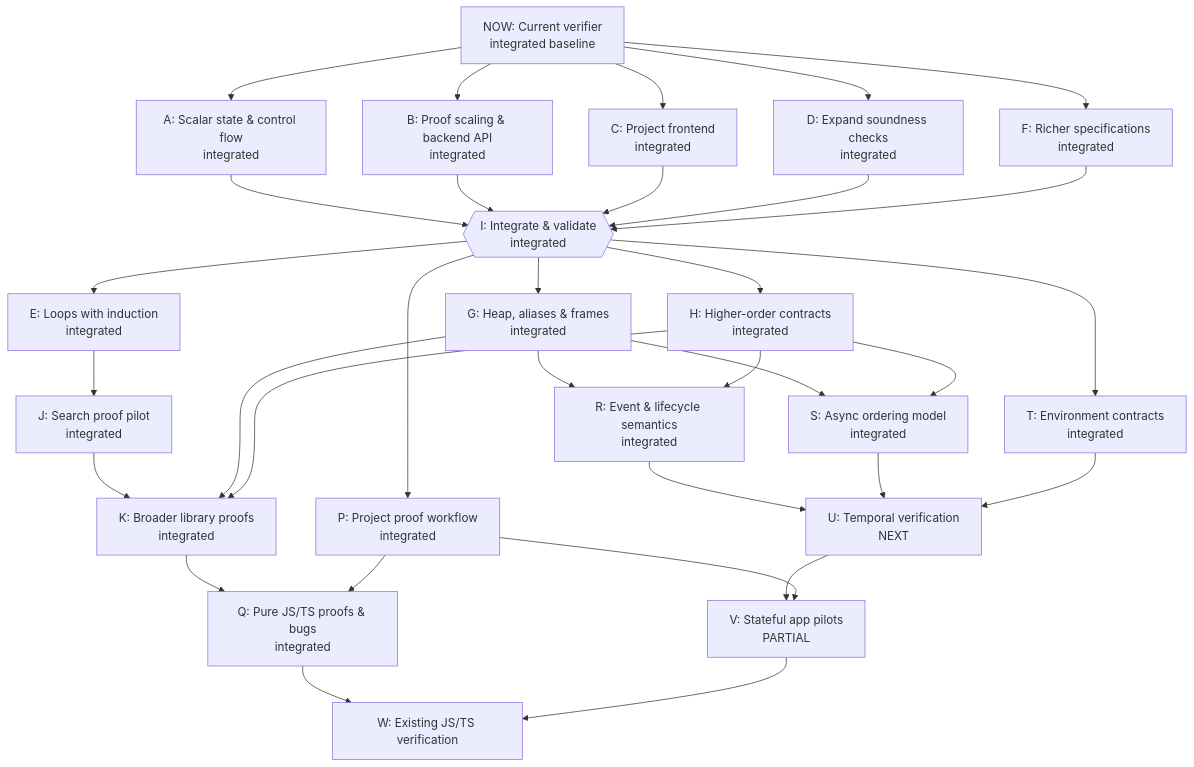
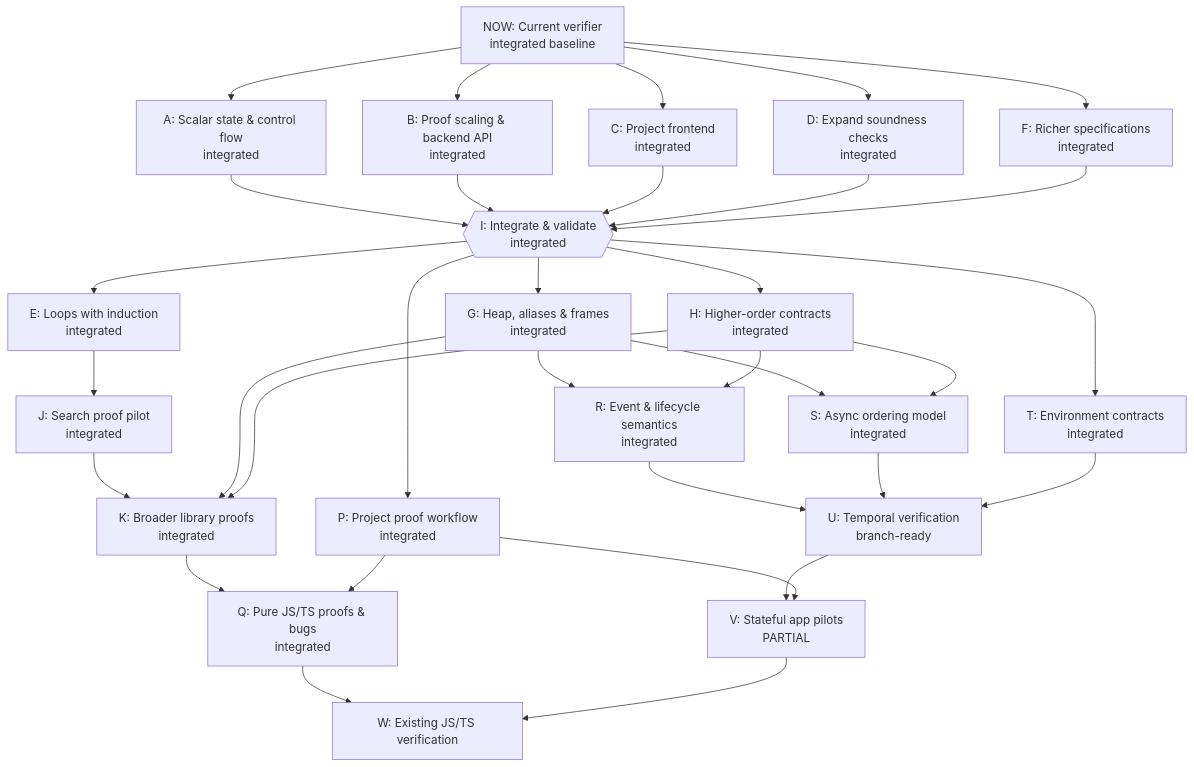
The diagram in docs/verification-roadmap.md (rickono/verified-list-ui), drawn with Mermaid before and after one commit. The commit also changed other lines of this file and 42 other files, not shown here.

````diff
--- a/docs/verification-roadmap.md
+++ b/docs/verification-roadmap.md
@@ -7,55 +7,55 @@
 ```mermaid
 flowchart TD
   NOW["NOW: Current verifier<br/>integrated baseline"]
   A["A: Scalar state &amp; control flow<br/>integrated"]
   B["B: Proof scaling &amp; backend API<br/>integrated"]
   C["C: Project frontend<br/>integrated"]
   D["D: Expand soundness checks<br/>integrated"]
   F["F: Richer specifications<br/>integrated"]
   I{{"I: Integrate &amp; validate<br/>integrated"}}
   E["E: Loops with induction<br/>integrated"]
   G["G: Heap, aliases &amp; frames<br/>integrated"]
   H["H: Higher-order contracts<br/>integrated"]
   J["J: Search proof pilot<br/>integrated"]
   K["K: Broader library proofs<br/>integrated"]
   P["P: Project proof workflow<br/>integrated"]
   Q["Q: Pure JS/TS proofs &amp; bugs<br/>integrated"]
   R["R: Event &amp; lifecycle semantics<br/>integrated"]
   S["S: Async ordering model<br/>integrated"]
   T["T: Environment contracts<br/>integrated"]
-  U["U: Temporal verification<br/>NEXT"]
+  U["U: Temporal verification<br/>branch-ready"]
   V["V: Stateful app pilots<br/>PARTIAL"]
   W["W: Existing JS/TS verification"]
   NOW --> A
   NOW --> B
   NOW --> C
   NOW --> D
   NOW --> F
   A --> I
   B --> I
   C --> I
   D --> I
   F --> I
   I --> E
   I --> G
   I --> H
   E --> J
   J --> K
   G --> K
   H --> K
   I --> P
   K --> Q
   P --> Q
   G --> R
   H --> R
   G --> S
   H --> S
   I --> T
   R --> U
   S --> U
   T --> U
   U --> V
   P --> V
   Q --> W
   V --> W
 ```
````
